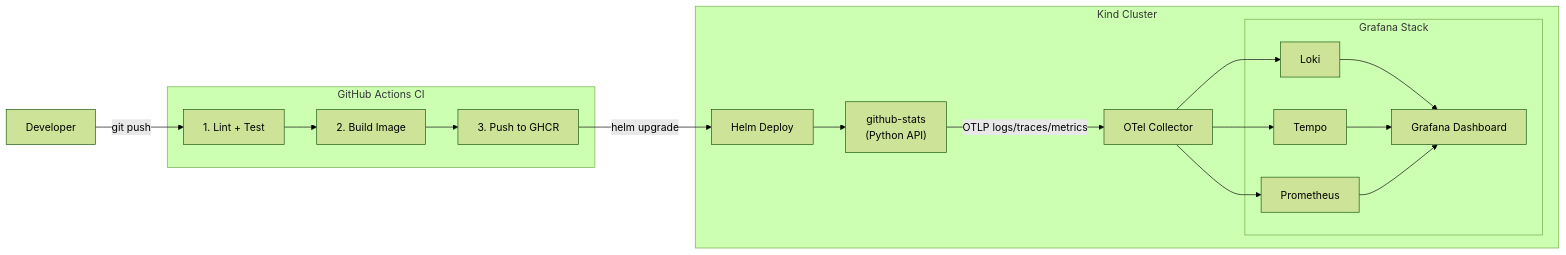
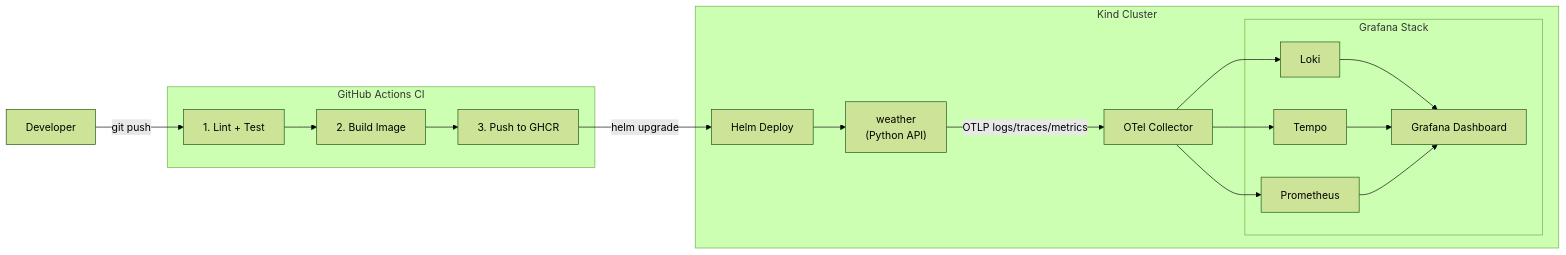
One commit to kakhavai/foundry changed the diagram in docs/architecture/phase-1-first-paved-road.md. Above: the diagram before and after it, drawn with Mermaid (forest theme). The commit also changed other lines of this file and 37 other files, not shown here.

First line of the commit message:
feat: replace github-stats with weather service; reframe Foundry as platform-first

````diff
--- a/docs/architecture/phase-1-first-paved-road.md
+++ b/docs/architecture/phase-1-first-paved-road.md
@@ -11,27 +11,27 @@
 ```mermaid
 graph LR
     Dev["Developer"]
 
     subgraph "GitHub Actions CI"
         Lint["1. Lint + Test"]
         Build["2. Build Image"]
         Push["3. Push to GHCR"]
     end
 
     subgraph "Kind Cluster"
         Helm["Helm Deploy"]
-        GHStats["github-stats\n(Python API)"]
+        GHStats["weather\n(Python API)"]
         OTelCol["OTel Collector"]
         subgraph "Grafana Stack"
             Loki["Loki"]
             Tempo["Tempo"]
             Prom["Prometheus"]
             Grafana["Grafana Dashboard"]
         end
     end
 
     Dev -->|"git push"| Lint --> Build --> Push
     Push -->|"helm upgrade"| Helm --> GHStats
     GHStats -->|"OTLP logs/traces/metrics"| OTelCol
     OTelCol --> Loki & Tempo & Prom --> Grafana
 ```
````
